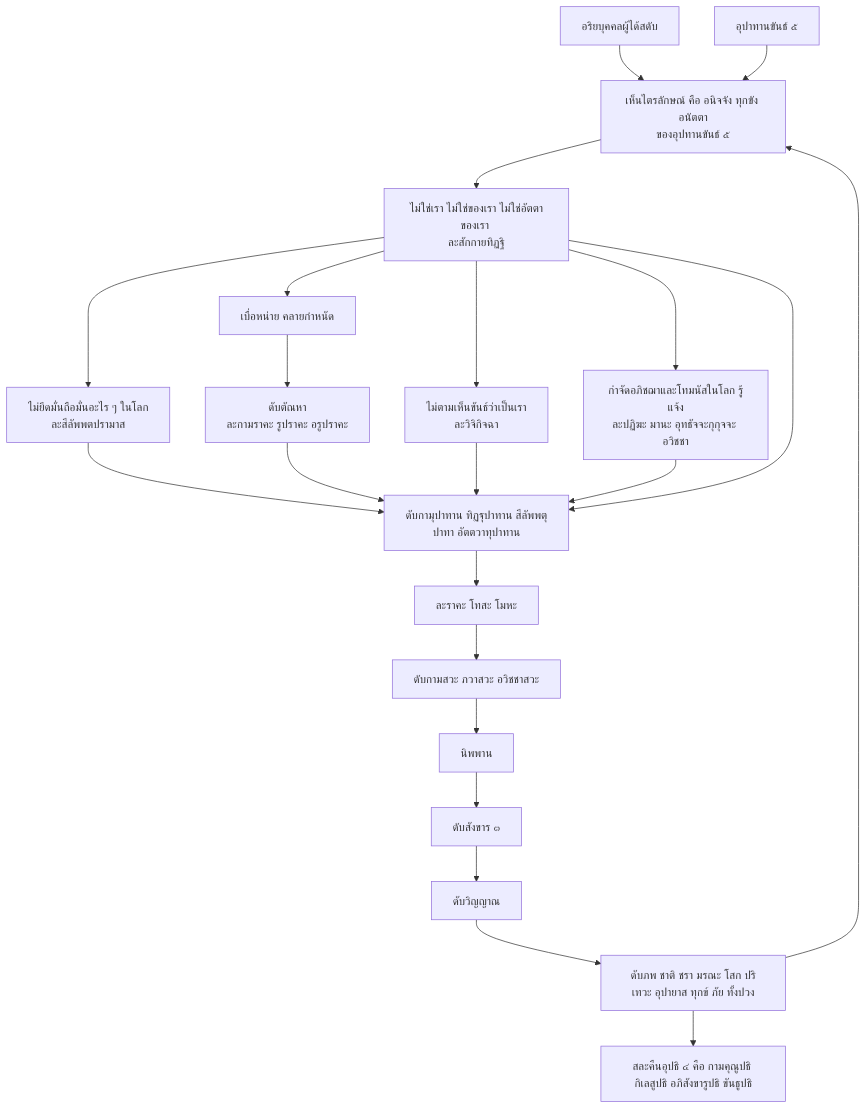
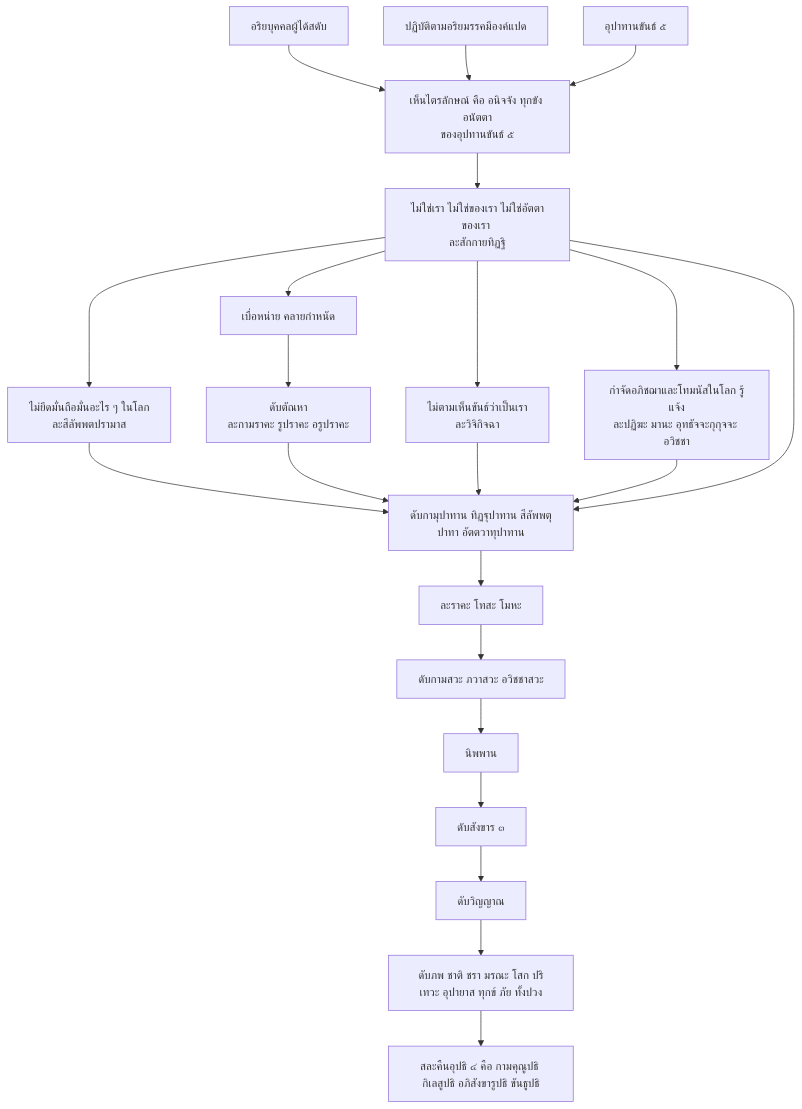
Before and after one commit to Kietpawpan/buddism: the second of 2 diagrams in README.md, drawn with Mermaid.

````diff
--- a/README.md
+++ b/README.md
@@ -36,12 +36,12 @@
 ```mermaid
 flowchart TD
 AR[อริยบุคคลผู้ได้สดับ]-->Q
-AC[ปฏิบัติตามอริยมรรคมีองค์แปด]-->Q
+MK[ปฏิบัติตามอริยมรรคมีองค์แปด]-->Q
 P[อุปาทานขันธ์ ๕]-->Q[เห็นไตรลักษณ์ คือ อนิจจัง ทุกขัง อนัตตา\nของอุปทานขันธ์ ๕]-->R[ไม่ใช่เรา ไม่ใช่ของเรา ไม่ใช่อัตตาของเรา \nละสักกายทิฏฐิ]
 R-->U[ไม่ยึดมั่นถือมั่นอะไร ๆ ในโลก \nละสีลัพพตปรามาส]-->W[ดับกามุปาทาน ทิฏฐุปาทาน สีลัพพตุปาทา อัตตวาทุปาทาน]-->AA[ละราคะ โทสะ โมหะ]-->AB[ดับกามสวะ ภวาสวะ อวิชชาสวะ]-->X[นิพพาน]-->V[ดับสังขาร ๓]-->AD[ดับวิญญาณ]-->AC[ดับภพ ชาติ ชรา มรณะ โสก ปริเทวะ อุปายาส ทุกข์ ภัย ทั้งปวง]-->UP[สละคืนอุปธิ ๔ คือ กามคุณูปธิ กิเลสูปธิ อภิสังขารูปธิ ขันธูปธิ]
 R-->S[เบื่อหน่าย คลายกำหนัด]-->T[ดับตัณหา \nละกามราคะ รูปราคะ อรูปราคะ]
 T-->W
 R-->Y[ไม่ตามเห็นขันธ์ว่าเป็นเรา \nละวิจิกิจฉา]-->W
 R-->Z[กำจัดอภิชฌาและโทมนัสในโลก รู้แจ้ง\nละปฏิฆะ มานะ อุทธัจจะกุกุจจะ อวิชชา]-->W
 R-->W
 ```
````
